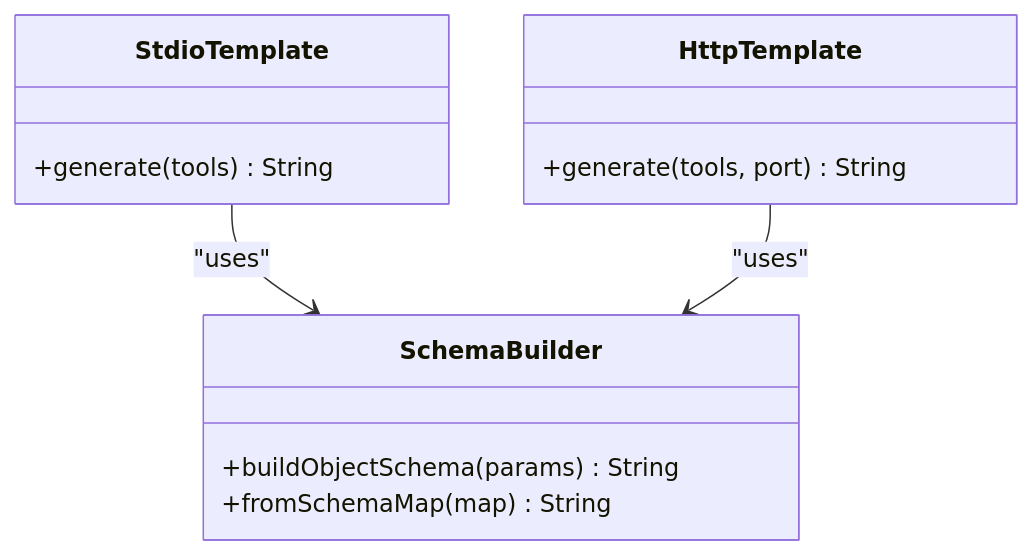
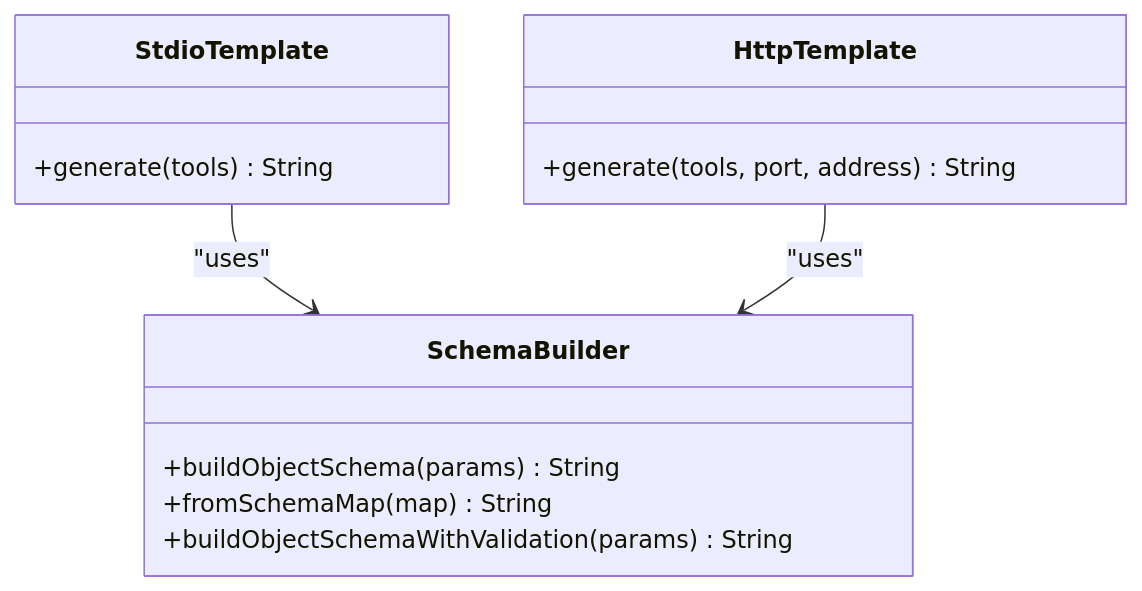
Before and after one commit to cdavis-code/easy_mcp_workspace: the sixth of 9 diagrams in .qoder/repowiki/en/content/Core Concepts/Code Generation Workflow.md, drawn with Mermaid. The commit also changed other lines of this file and 4 other files, not shown here.

````diff
--- a/.qoder/repowiki/en/content/Core Concepts/Code Generation Workflow.md
+++ b/.qoder/repowiki/en/content/Core Concepts/Code Generation Workflow.md
@@ -229,15 +257,16 @@
 ```mermaid
 classDiagram
 class StdioTemplate {
 +generate(tools) String
 }
 class HttpTemplate {
-+generate(tools, port) String
++generate(tools, port, address) String
 }
 class SchemaBuilder {
 +buildObjectSchema(params) String
 +fromSchemaMap(map) String
++buildObjectSchemaWithValidation(params) String
 }
 StdioTemplate --> SchemaBuilder : "uses"
 HttpTemplate --> SchemaBuilder : "uses"
 ```
````
